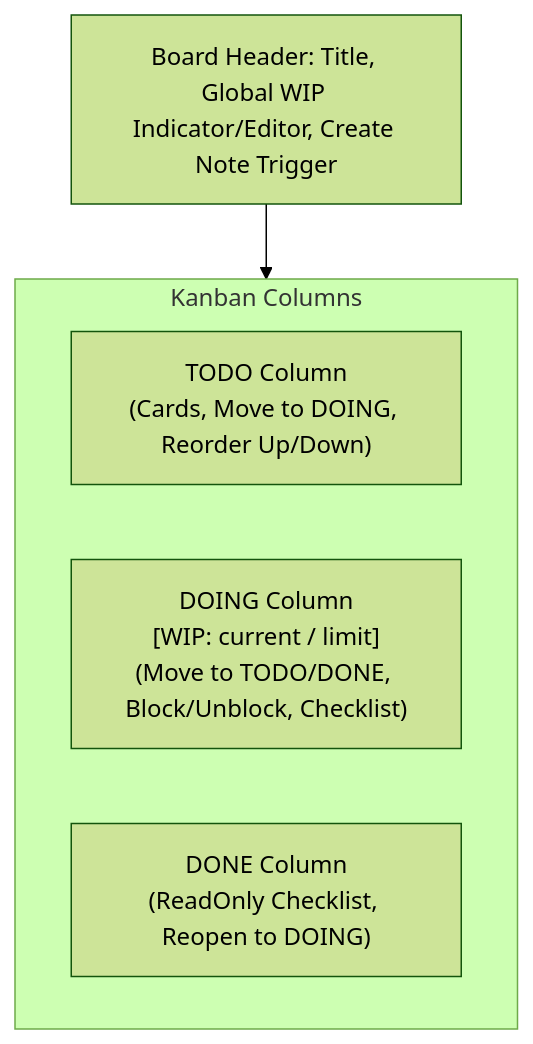
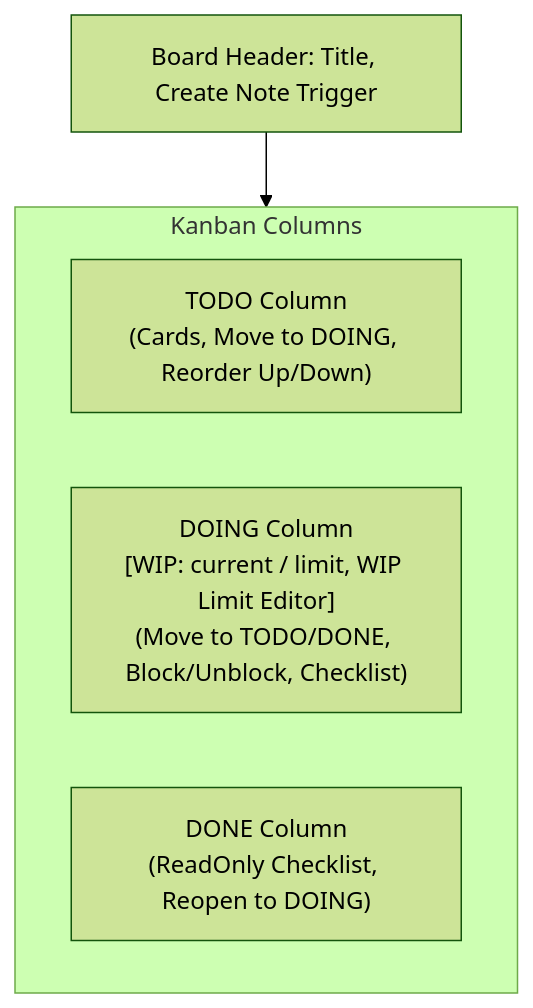
Before and after one commit to lorenzotosi/sticky-notes: the first of 2 diagrams in docs/ux.md, drawn with Mermaid (forest theme). The commit also changed other lines of this file and 16 other files, not shown here.

````diff
--- a/docs/ux.md
+++ b/docs/ux.md
@@ -14,10 +14,10 @@
 ```mermaid
 graph TD
-  Header["Board Header: Title, Global WIP Indicator/Editor, Create Note Trigger"]
+  Header["Board Header: Title, Create Note Trigger"]
   subgraph KanbanColumns["Kanban Columns"]
     TODO["TODO Column<br/>(Cards, Move to DOING, Reorder Up/Down)"]
-    DOING["DOING Column<br/>[WIP: current / limit]<br/>(Move to TODO/DONE, Block/Unblock, Checklist)"]
+    DOING["DOING Column<br/>[WIP: current / limit, WIP Limit Editor]<br/>(Move to TODO/DONE, Block/Unblock, Checklist)"]
     DONE["DONE Column<br/>(ReadOnly Checklist, Reopen to DOING)"]
   end
   Header --> KanbanColumns
 ```
````
